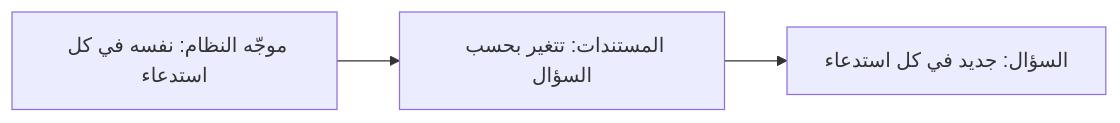
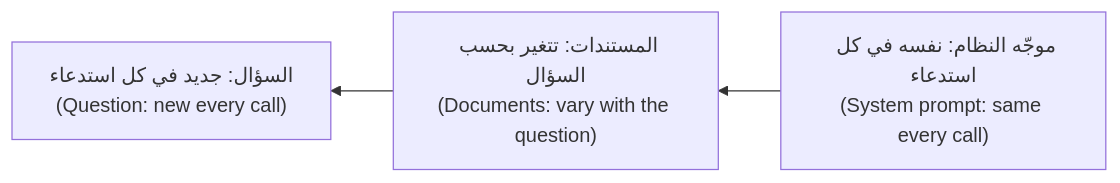
The diagram in aiapps/modules/02-prompting.ar.md (Tamoura/system-design-for-vibe-coders), drawn with Mermaid before and after one commit. The commit also changed 17 other files, not shown here.

First line of the commit message:
AI applications & agents: Arabic edition complete (RTL diagrams, diagram glosses, translated 60-question exam)

````diff
--- a/aiapps/modules/02-prompting.ar.md
+++ b/aiapps/modules/02-prompting.ar.md
@@ -90,4 +90,4 @@
 ```mermaid
-flowchart LR
-    S["موجّه النظام: نفسه في كل استدعاء"] --> D["المستندات: تتغير بحسب السؤال"] --> Q["السؤال: جديد في كل استدعاء"]
+flowchart RL
+    S["موجّه النظام: نفسه في كل استدعاء<br/>(System prompt: same every call)"] --> D["المستندات: تتغير بحسب السؤال<br/>(Documents: vary with the question)"] --> Q["السؤال: جديد في كل استدعاء<br/>(Question: new every call)"]
 ```
````
